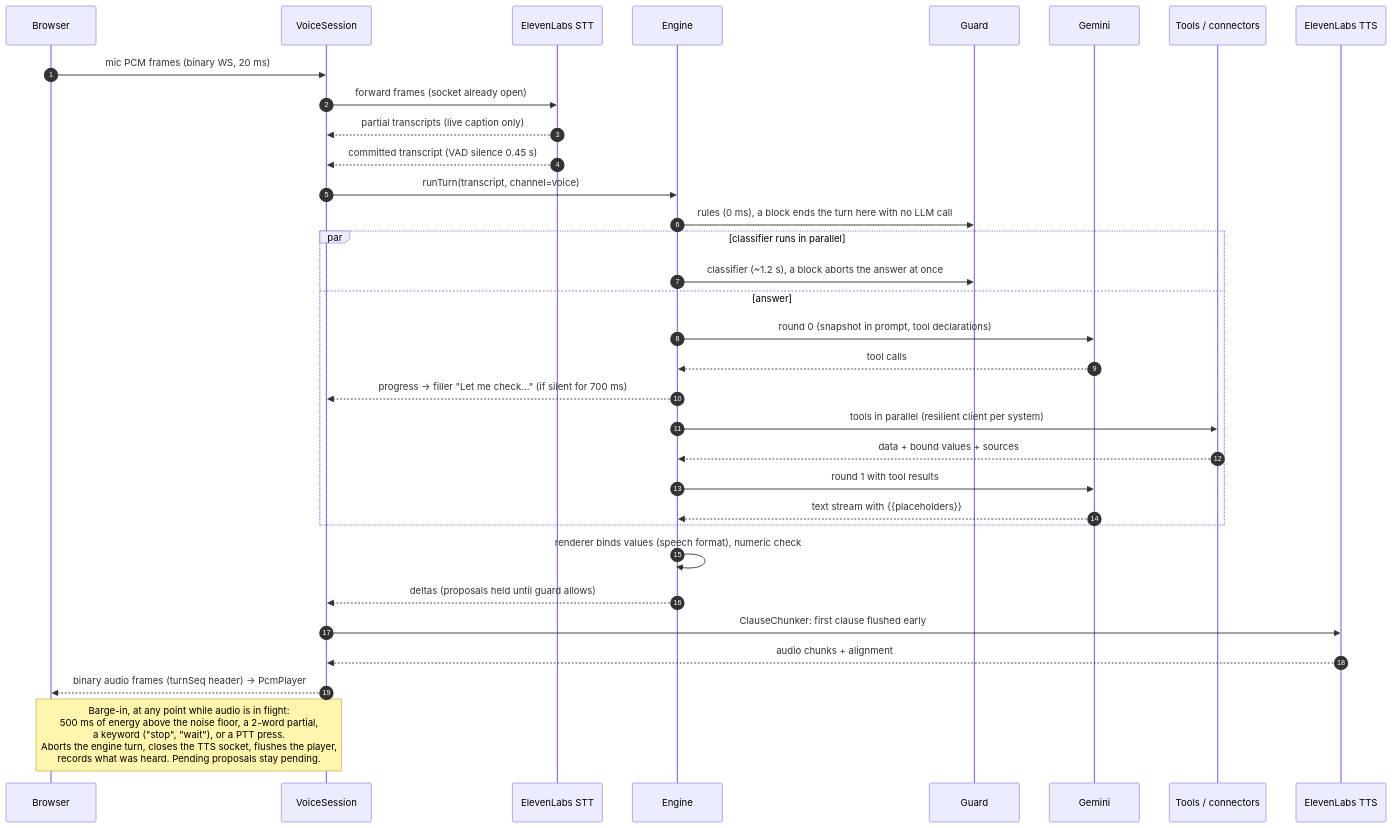
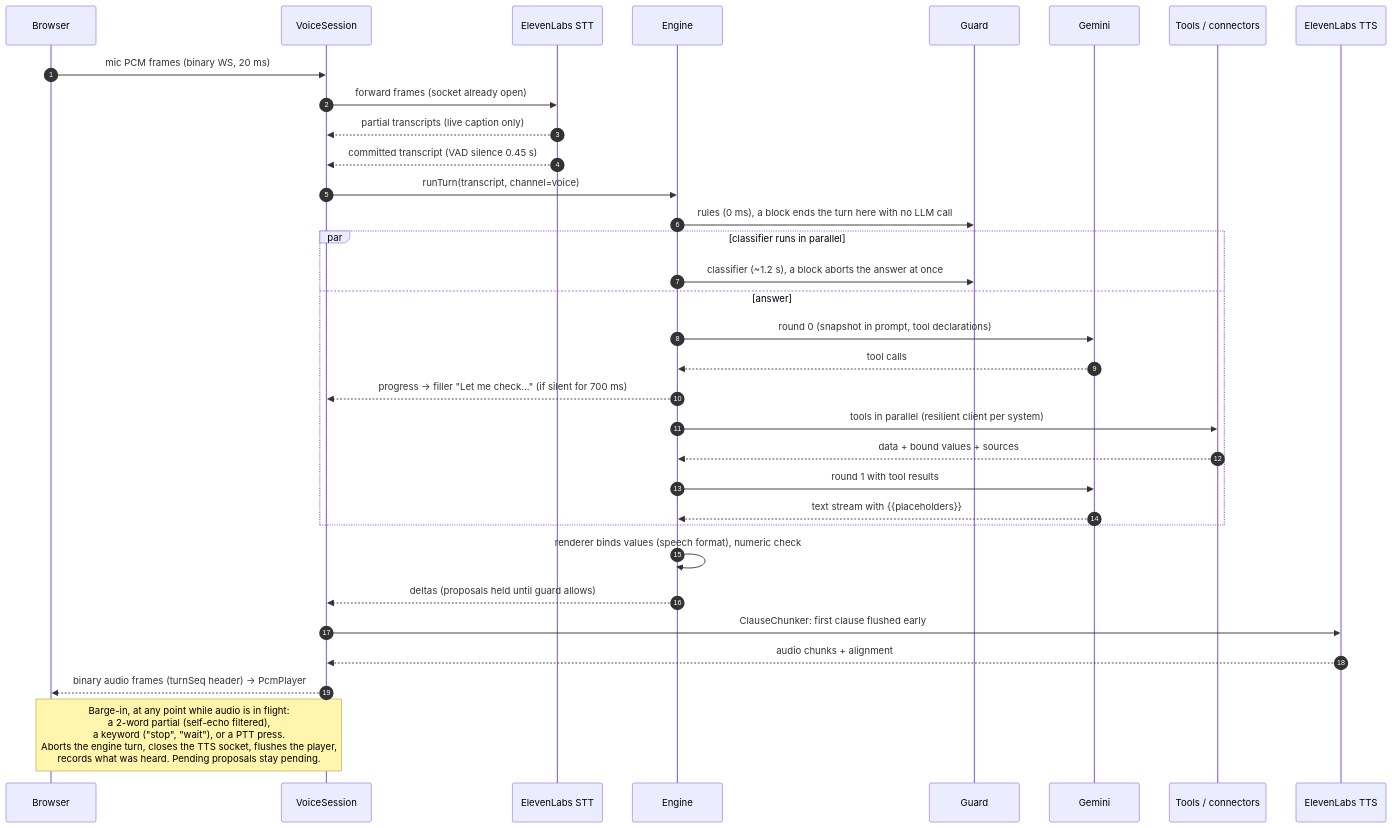
One commit to RiskyAV/agentic-ivr changed the second of 2 diagrams in docs/ARCHITECTURE.md. Above: the diagram before and after it, drawn with Mermaid. The commit also changed other lines of this file and 6 other files, not shown here.

First line of the commit message:
fix(voice): transcript barge-in by default; energy trigger off (speaker echo cut answers off)

````diff
--- a/docs/ARCHITECTURE.md
+++ b/docs/ARCHITECTURE.md
@@ -98,36 +98,36 @@
 ```mermaid
 sequenceDiagram
   autonumber
   participant B as Browser
   participant V as VoiceSession
   participant S as ElevenLabs STT
   participant E as Engine
   participant G as Guard
   participant L as Gemini
   participant T as Tools / connectors
   participant X as ElevenLabs TTS
 
   B->>V: mic PCM frames (binary WS, 20 ms)
   V->>S: forward frames (socket already open)
   S-->>V: partial transcripts (live caption only)
   S-->>V: committed transcript (VAD silence 0.45 s)
   V->>E: runTurn(transcript, channel=voice)
   E->>G: rules (0 ms), a block ends the turn here with no LLM call
   par classifier runs in parallel
     E->>G: classifier (~1.2 s), a block aborts the answer at once
   and answer
     E->>L: round 0 (snapshot in prompt, tool declarations)
     L-->>E: tool calls
     E-->>V: progress → filler "Let me check…" (if silent for 700 ms)
     E->>T: tools in parallel (resilient client per system)
     T-->>E: data + bound values + sources
     E->>L: round 1 with tool results
     L-->>E: text stream with {{placeholders}}
   end
   E->>E: renderer binds values (speech format), numeric check
   E-->>V: deltas (proposals held until guard allows)
   V->>X: ClauseChunker: first clause flushed early
   X-->>V: audio chunks + alignment
   V-->>B: binary audio frames (turnSeq header) → PcmPlayer
-  Note over B,V: Barge-in, at any point while audio is in flight:<br/>500 ms of energy above the noise floor, a 2-word partial,<br/>a keyword ("stop", "wait"), or a PTT press.<br/>Aborts the engine turn, closes the TTS socket, flushes the player,<br/>records what was heard. Pending proposals stay pending.
+  Note over B,V: Barge-in, at any point while audio is in flight:<br/>a 2-word partial (self-echo filtered),<br/>a keyword ("stop", "wait"), or a PTT press.<br/>Aborts the engine turn, closes the TTS socket, flushes the player,<br/>records what was heard. Pending proposals stay pending.
 ```
````
